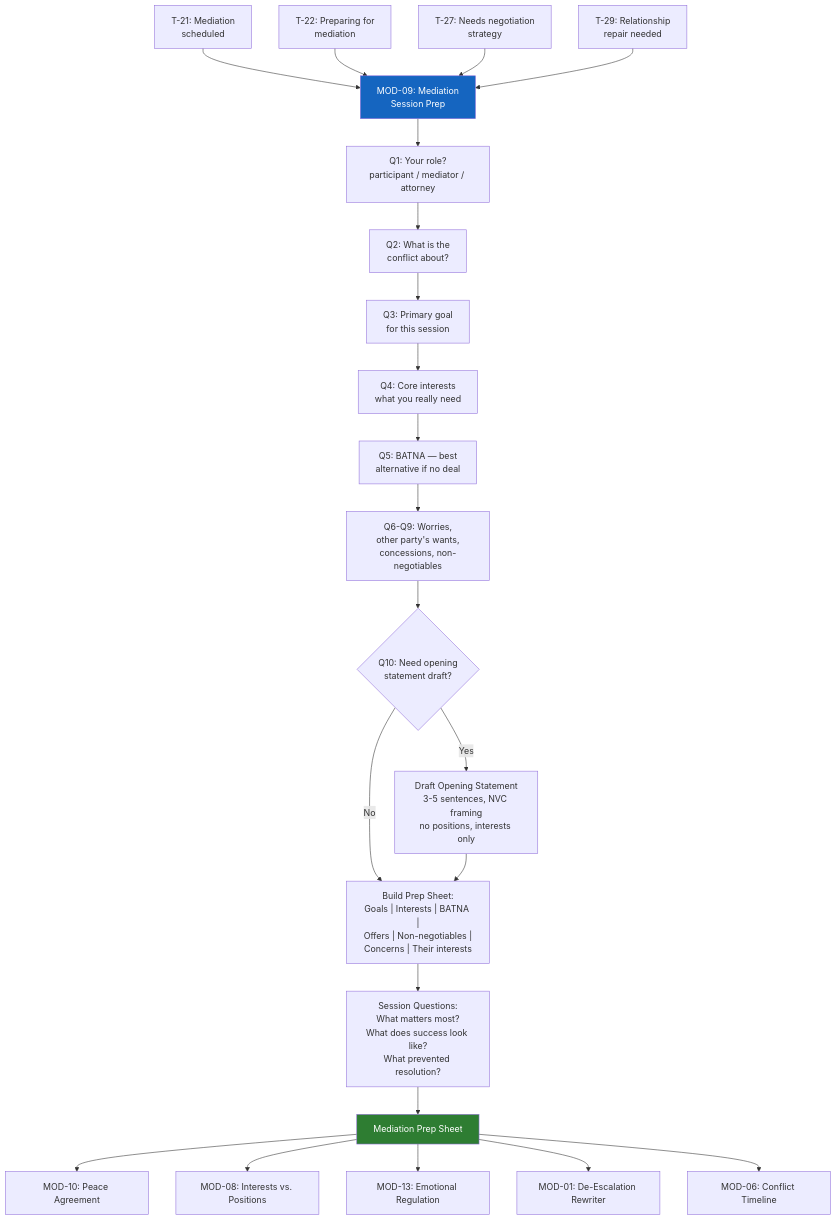
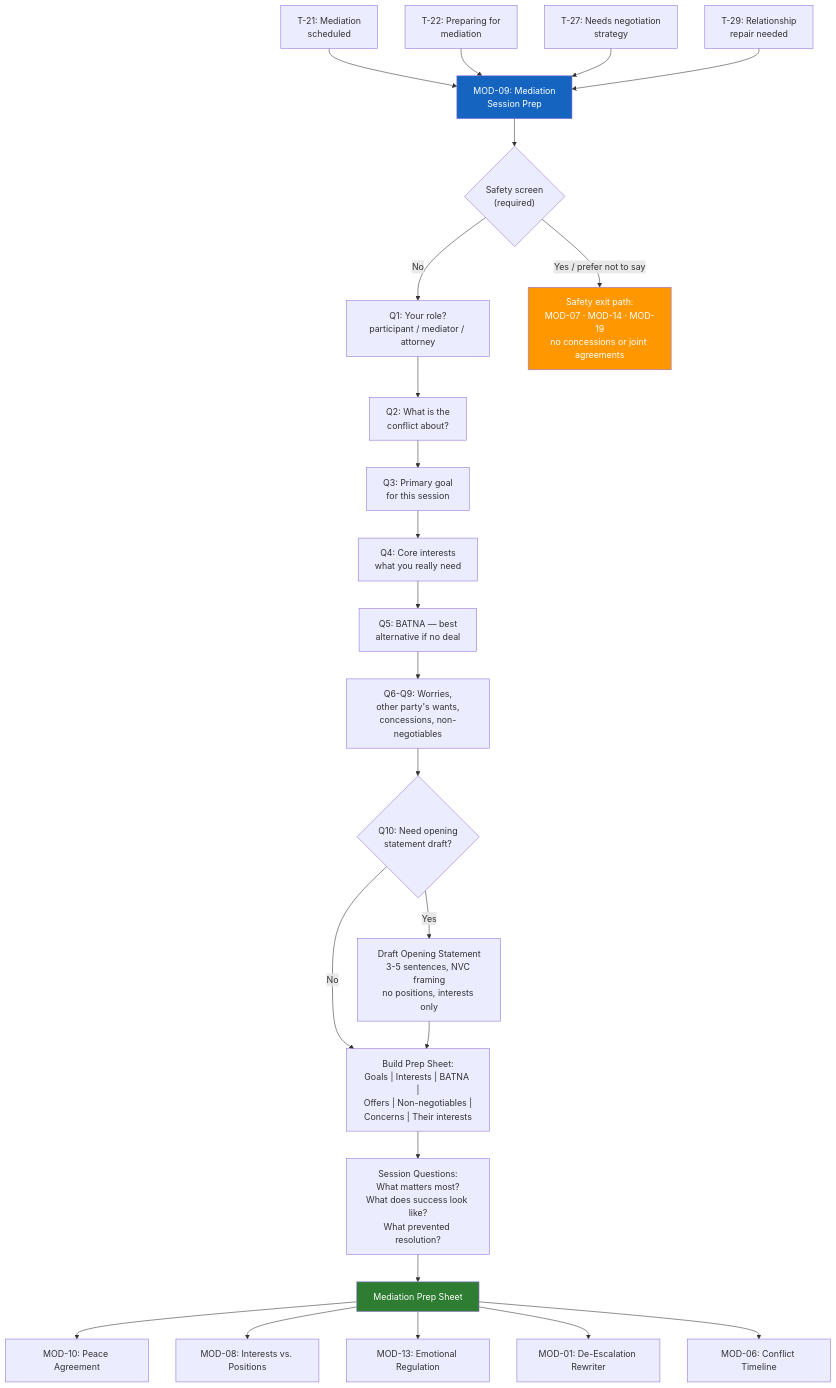
Before and after one commit to dougdevitre/access-to-peace: the diagram in modules/MOD-09-mediation-session-prep.md, drawn with Mermaid. The commit also changed other lines of this file and 23 other files, not shown here.

````diff
--- a/modules/MOD-09-mediation-session-prep.md
+++ b/modules/MOD-09-mediation-session-prep.md
@@ -17,32 +17,35 @@
 ```mermaid
 flowchart TD
     T21["T-21: Mediation\nscheduled"] --> ENTRY
     T22["T-22: Preparing for\nmediation"] --> ENTRY
     T27["T-27: Needs negotiation\nstrategy"] --> ENTRY
     T29["T-29: Relationship\nrepair needed"] --> ENTRY
 
-    ENTRY["MOD-09: Mediation\nSession Prep"]:::blue --> Q1["Q1: Your role?\nparticipant / mediator / attorney"]
+    ENTRY["MOD-09: Mediation\nSession Prep"]:::blue --> SCREEN{"Safety screen\n(required)"}
+    SCREEN -- "No" --> Q1["Q1: Your role?\nparticipant / mediator / attorney"]
+    SCREEN -- "Yes / prefer not to say" --> EXIT["Safety exit path:\nMOD-07 · MOD-14 · MOD-19\nno concessions or joint agreements"]
+    style EXIT fill:#ff9800,color:#fff
     Q1 --> Q2["Q2: What is the\nconflict about?"]
     Q2 --> Q3["Q3: Primary goal\nfor this session"]
     Q3 --> Q4["Q4: Core interests\nwhat you really need"]
     Q4 --> Q5["Q5: BATNA — best\nalternative if no deal"]
 
     Q5 --> Q6["Q6-Q9: Worries,\nother party's wants,\nconcessions, non-negotiables"]
     Q6 --> Q10{"Q10: Need opening\nstatement draft?"}
 
     Q10 -- "Yes" --> STATEMENT["Draft Opening Statement\n3-5 sentences, NVC framing\nno positions, interests only"]
     Q10 -- "No" --> PREP
 
     STATEMENT --> PREP["Build Prep Sheet:\nGoals | Interests | BATNA |\nOffers | Non-negotiables |\nConcerns | Their interests"]
     PREP --> QUESTIONS["Session Questions:\nWhat matters most?\nWhat does success look like?\nWhat prevented resolution?"]
     QUESTIONS --> OUTPUT["Mediation Prep Sheet"]:::green
 
     OUTPUT --> MOD10["MOD-10: Peace Agreement"]
     OUTPUT --> MOD08["MOD-08: Interests vs. Positions"]
     OUTPUT --> MOD13["MOD-13: Emotional Regulation"]
     OUTPUT --> MOD01["MOD-01: De-Escalation Rewriter"]
     OUTPUT --> MOD06["MOD-06: Conflict Timeline"]
 
     classDef blue fill:#1565c0,color:#fff
     classDef green fill:#2e7d32,color:#fff
 ```
````
